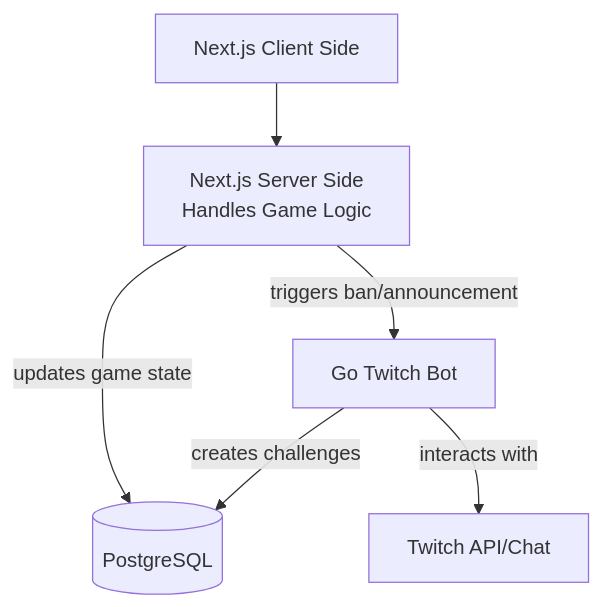
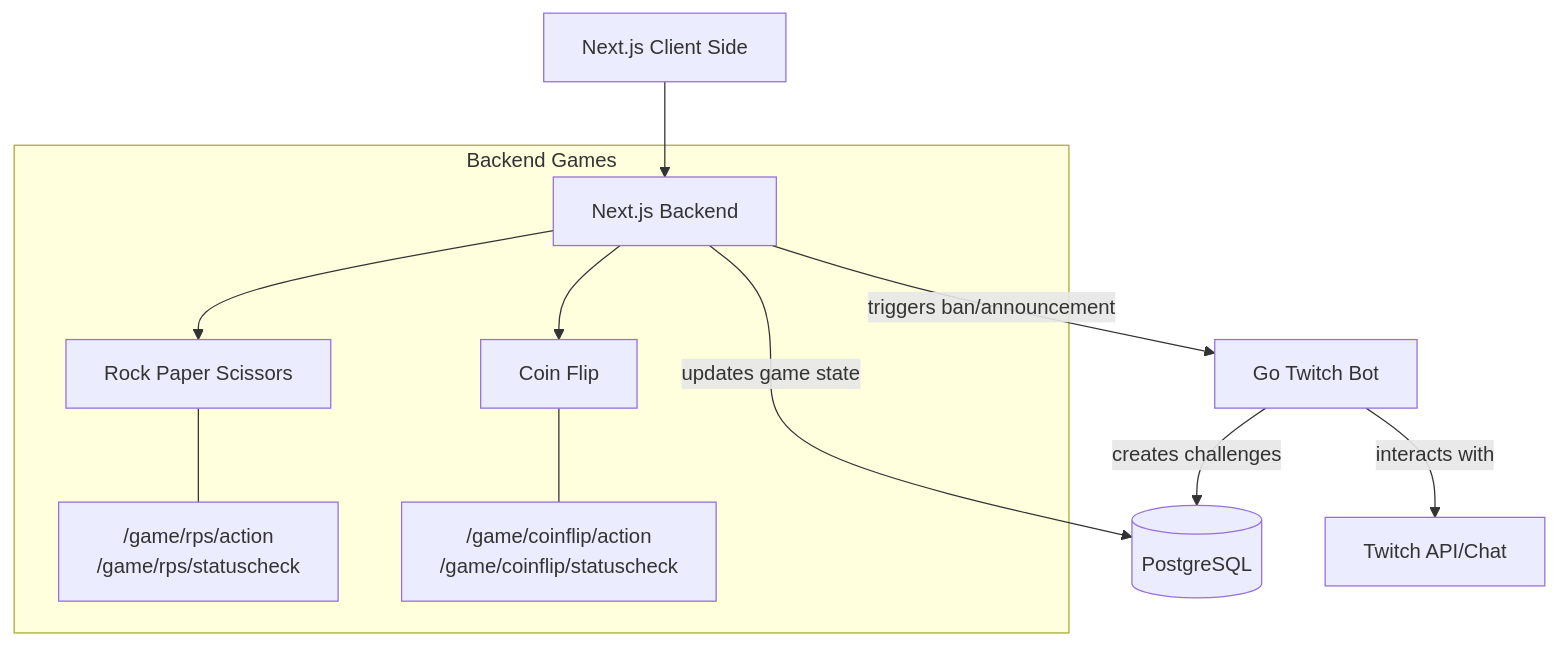
One commit to NColondres/ripBozo changed the diagram in docs/diagrams/project-overview.mmd. Above: the diagram before and after it, drawn with Mermaid.

Commit message:
update project-overview.mmd file

```diff
--- a/docs/diagrams/project-overview.mmd
+++ b/docs/diagrams/project-overview.mmd
@@ -1,8 +1,15 @@
 graph TD
-    C[Next.js Client Side] --> S[Next.js Server Side <br/> Handles Game Logic]
+    C[Next.js Client Side] --> S[Next.js Backend]
+
+    subgraph Games [Backend Games]
+        S --> RPS[Rock Paper Scissors]
+        S --> CF[Coin Flip]
+        RPS --- RPS_EP["/game/rps/action<br/>/game/rps/statuscheck"]
+        CF --- CF_EP["/game/coinflip/action<br/>/game/coinflip/statuscheck"]
+    end
 
     S -- "updates game state" --> DB[(PostgreSQL)]
     S -- "triggers ban/announcement" --> B[Go Twitch Bot]
 
     B -- "creates challenges" --> DB
     B -- "interacts with" --> T[Twitch API/Chat]
```
